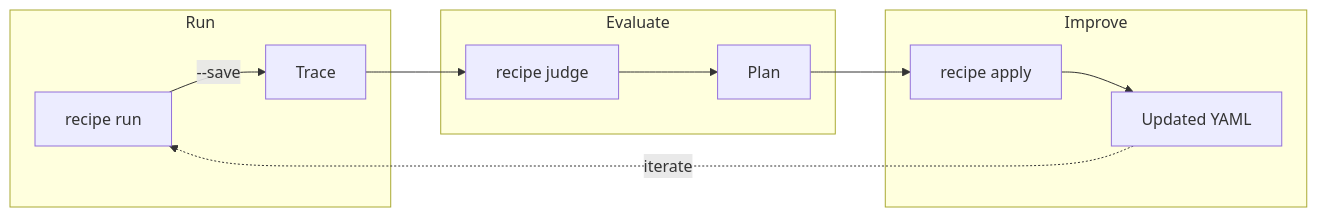
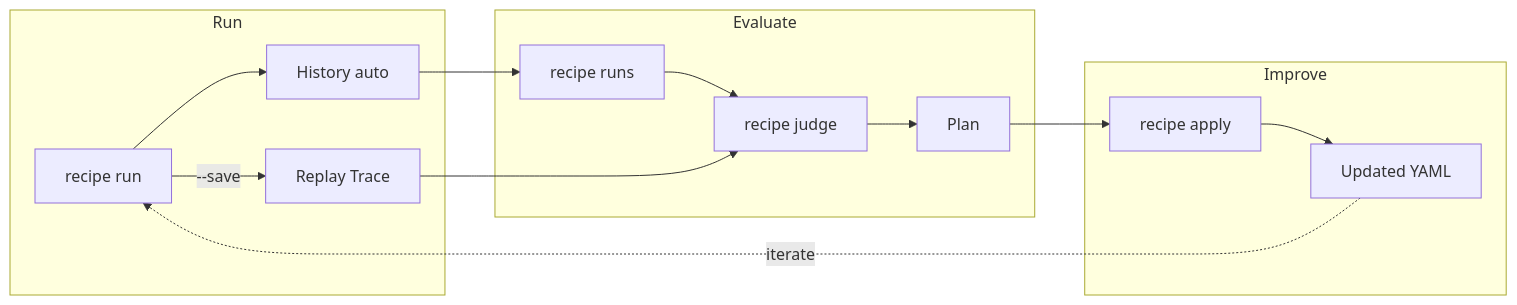
One commit to MervinPraison/PraisonAIDocs changed the first of 2 diagrams in docs/features/recipe-workflow.mdx. Above: the diagram before and after it, drawn with Mermaid. The commit also changed other lines of this file and 4 other files, not shown here.

First line of the commit message:
docs: document auto-persisted recipe run history and new recipe runs CLI (fixes #3077)

````diff
--- a/docs/features/recipe-workflow.mdx
+++ b/docs/features/recipe-workflow.mdx
@@ -11,18 +11,21 @@
 ```mermaid
 flowchart LR
     subgraph Run
-        R[recipe run] -->|--save| T[Trace]
+        R[recipe run] --> H[History auto]
+        R -->|--save| T[Replay Trace]
     end
     
     subgraph Evaluate
-        T --> J[recipe judge]
+        H --> RU[recipe runs]
+        RU --> J[recipe judge]
+        T --> J
         J --> P[Plan]
     end
     
     subgraph Improve
         P --> A[recipe apply]
         A --> Y[Updated YAML]
     end
     
     Y -.->|iterate| R
 ```
````
